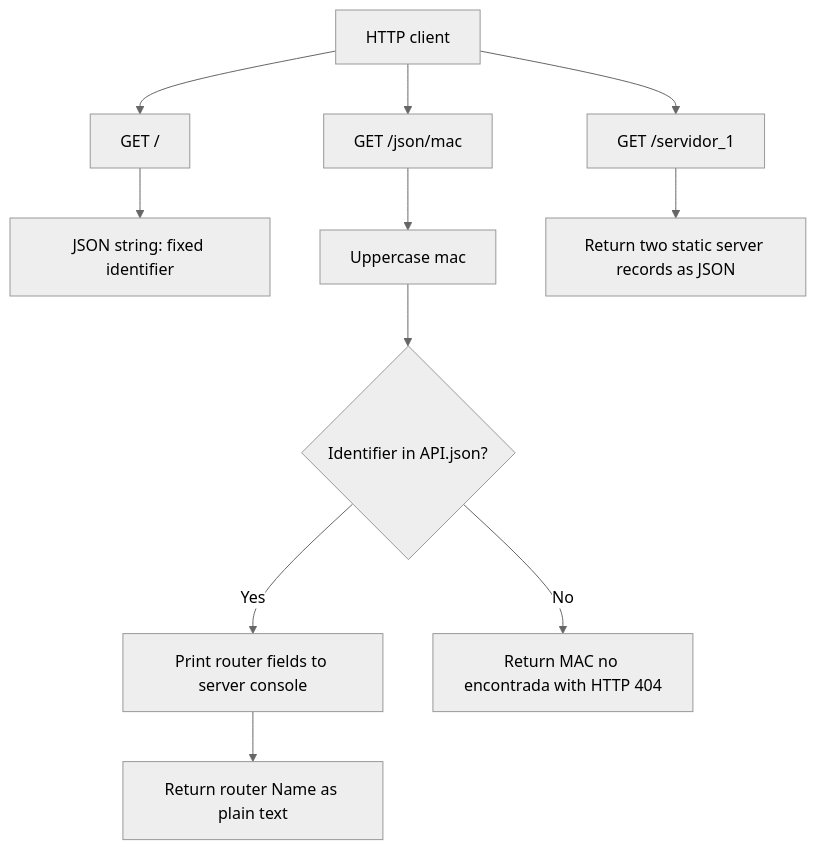
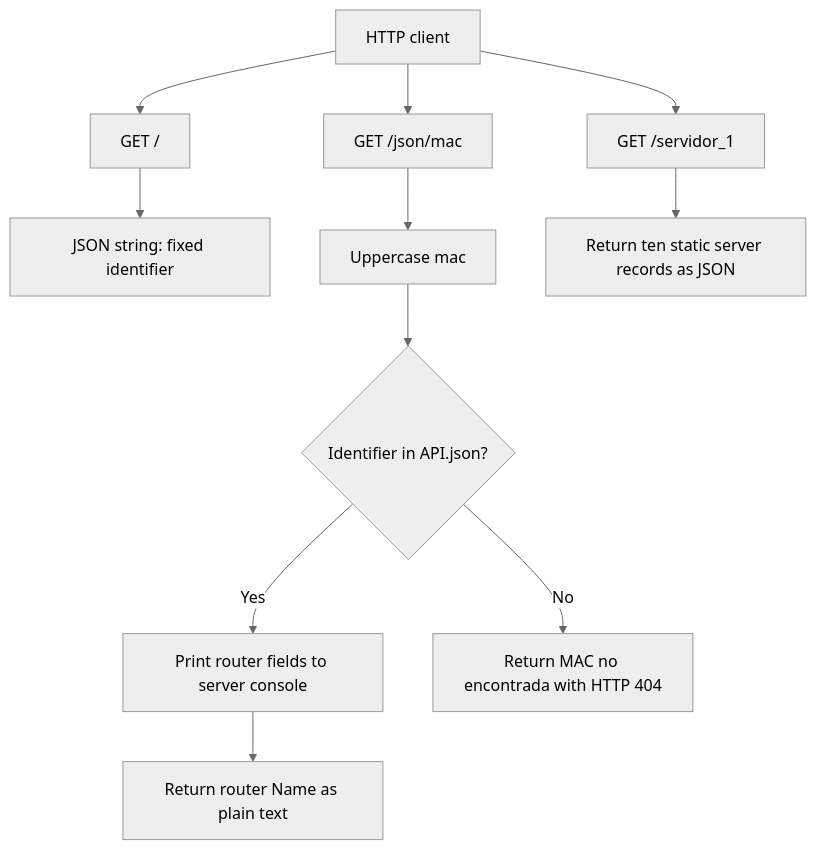
One commit to HectorTorres070121/Flask changed the diagram in README.md. Above: the diagram before and after it, drawn with Mermaid (neutral theme). The commit also changed other lines of this file and 1 other file, not shown here.

Commit message:
Add servers through 0010

````diff
--- a/README.md
+++ b/README.md
@@ -51,15 +68,15 @@
 ```mermaid
 flowchart TD
     Client[HTTP client] --> Home[GET /]
     Home --> HomeBody[JSON string: fixed identifier]
 
     Client --> Lookup[GET /json/mac]
     Lookup --> Normalize[Uppercase mac]
     Normalize --> Find{Identifier in API.json?}
     Find -->|Yes| Log[Print router fields to server console]
     Log --> Name[Return router Name as plain text]
     Find -->|No| Missing[Return MAC no encontrada with HTTP 404]
 
     Client --> Servers[GET /servidor_1]
-    Servers --> Inventory[Return two static server records as JSON]
+    Servers --> Inventory[Return ten static server records as JSON]
 ```
````
